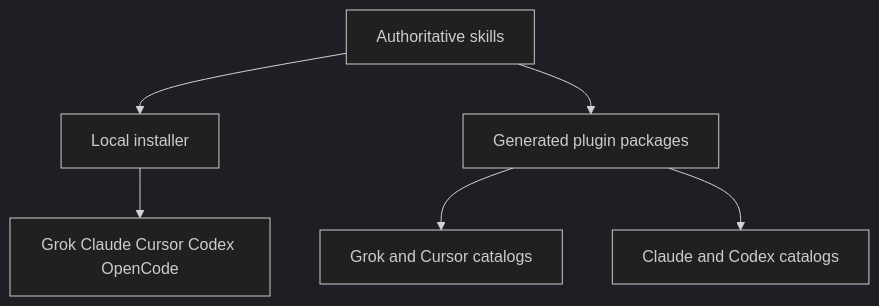
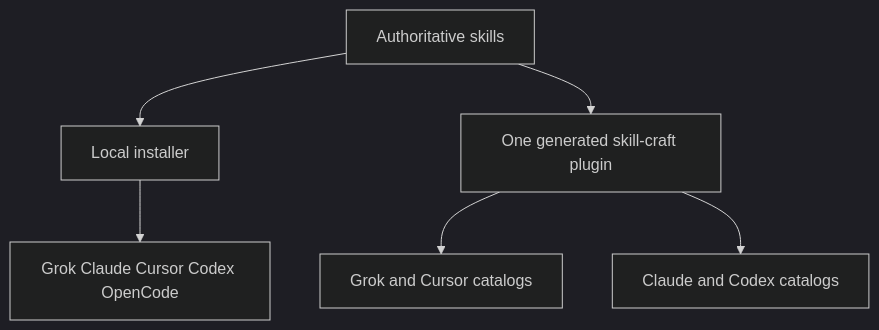
Before and after one commit to whichguy/skill-craft: the diagram in docs/distribution.md, drawn with Mermaid (dark theme). The commit also changed other lines of this file and 36 other files, not shown here.

First line of the commit message:
feat(marketplace): ship every skill in one skill-craft plugin from whichguy

````diff
--- a/docs/distribution.md
+++ b/docs/distribution.md
@@ -3,8 +3,8 @@
 ```mermaid
 flowchart TD
   S[Authoritative skills] --> I[Local installer]
   I --> H[Grok Claude Cursor Codex OpenCode]
-  S --> P[Generated plugin packages]
+  S --> P[One generated skill-craft plugin]
   P --> N[Grok and Cursor catalogs]
   P --> M[Claude and Codex catalogs]
 ```
````
